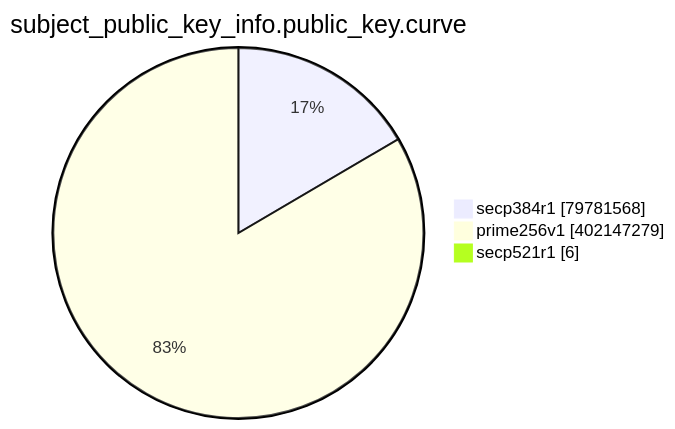
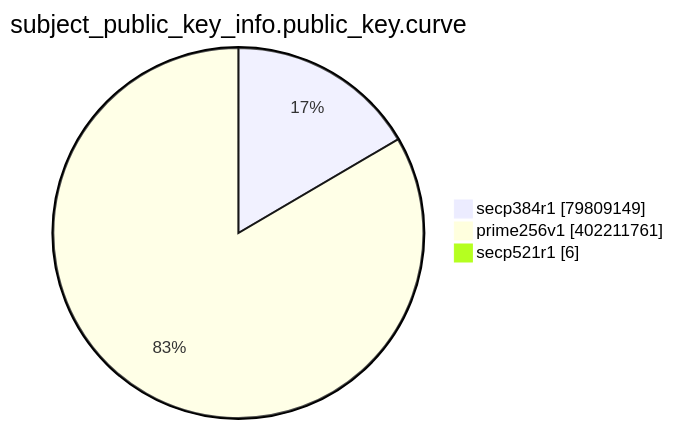
The eighth of 15 diagrams in TOTAL/README.md (christiankrug/ctmonitor_visualization), drawn with Mermaid before and after one commit. The commit also changed other lines of this file, not shown here.

````diff
--- a/TOTAL/README.md
+++ b/TOTAL/README.md
@@ -3095,7 +3095,7 @@
 ```mermaid
 pie showData
 title subject_public_key_info.public_key.curve
-"secp384r1" :79781568
-"prime256v1" :402147279
+"secp384r1" :79809149
+"prime256v1" :402211761
 "secp521r1" :6
 ```
````
